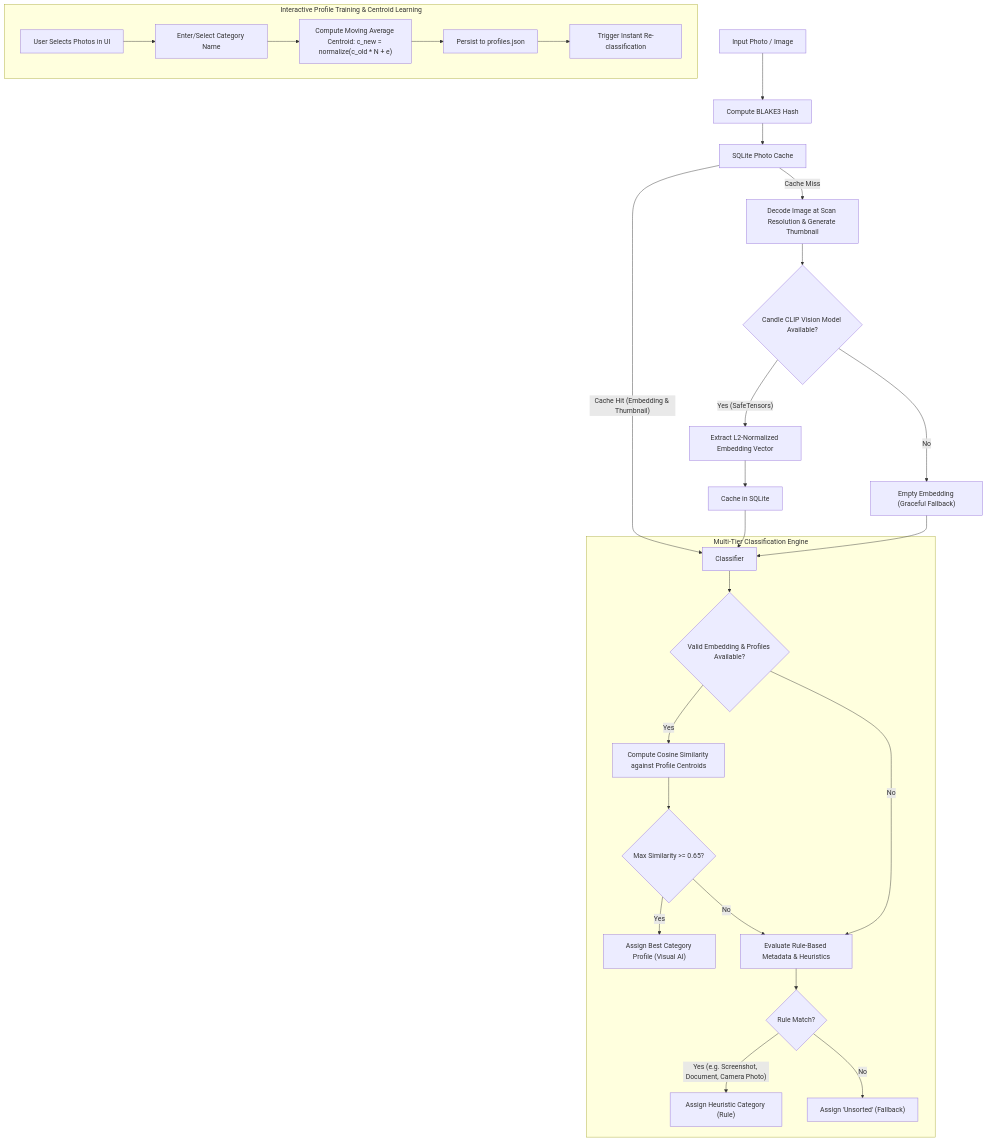
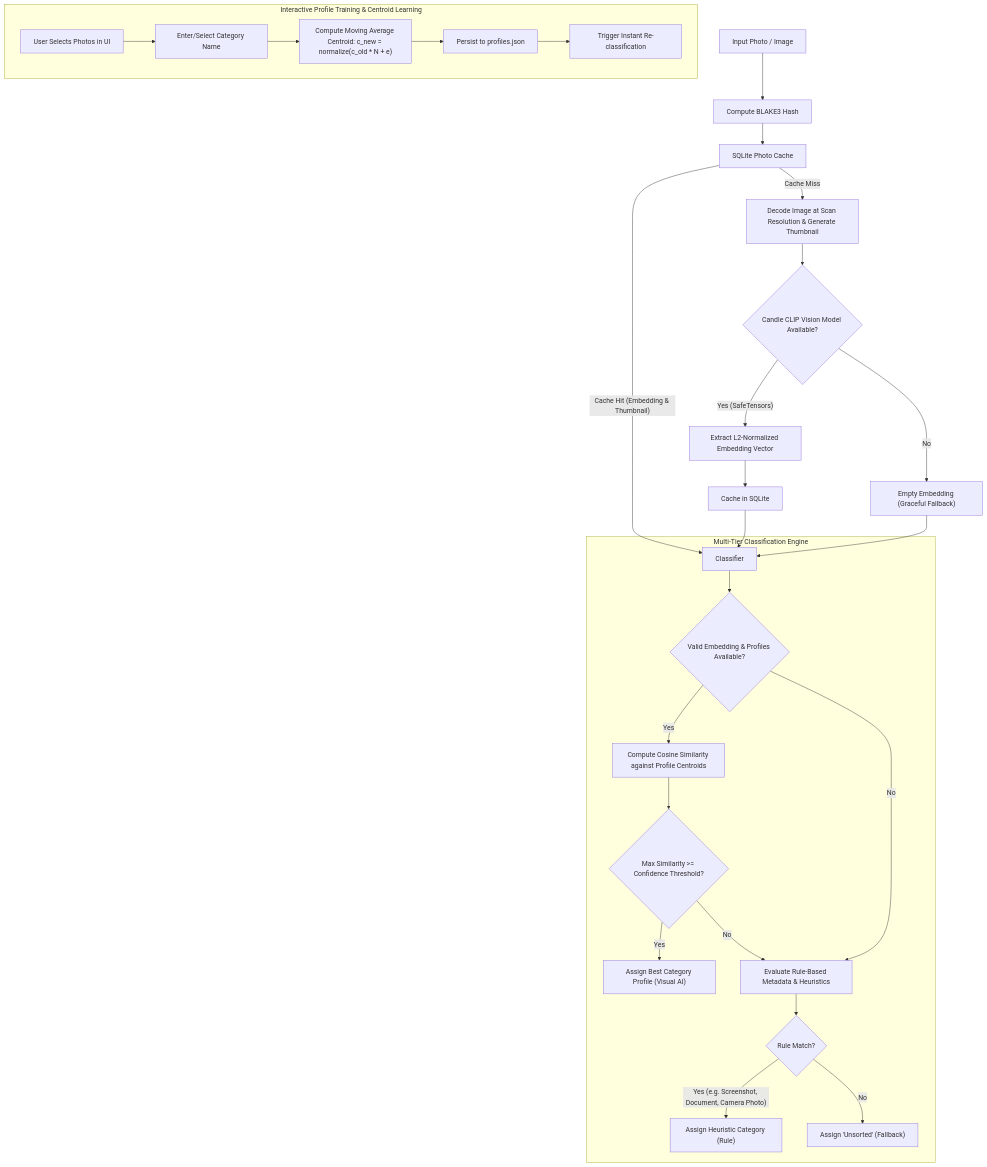
The diagram in docs/classification_pipeline.md (tsonnen/photo-organizer), drawn with Mermaid before and after one commit. The commit also changed other lines of this file and 20 other files, not shown here.

````diff
--- a/docs/classification_pipeline.md
+++ b/docs/classification_pipeline.md
@@ -5,32 +5,32 @@
 ```mermaid
 flowchart TD
     A["Input Photo / Image"] --> B["Compute BLAKE3 Hash"]
     B --> C["SQLite Photo Cache"]
     C -->|"Cache Hit (Embedding & Thumbnail)"| G["Classifier"]
     C -->|"Cache Miss"| D["Decode Image at Scan Resolution & Generate Thumbnail"]
     D --> E{"Candle CLIP Vision Model Available?"}
     E -->|"Yes (SafeTensors)"| F1["Extract L2-Normalized Embedding Vector"]
     E -->|"No"| F2["Empty Embedding (Graceful Fallback)"]
     F1 --> F3["Cache in SQLite"]
     F3 --> G
     F2 --> G
 
     subgraph Classifier ["Multi-Tier Classification Engine"]
         G --> H{"Valid Embedding & Profiles Available?"}
         H -->|"Yes"| I["Compute Cosine Similarity against Profile Centroids"]
-        I --> J{"Max Similarity >= 0.65?"}
+        I --> J{"Max Similarity >= Confidence Threshold?"}
         J -->|"Yes"| K["Assign Best Category Profile (Visual AI)"]
         J -->|"No"| L["Evaluate Rule-Based Metadata & Heuristics"]
         H -->|"No"| L
         L --> M{"Rule Match?"}
         M -->|"Yes (e.g. Screenshot, Document, Camera Photo)"| N["Assign Heuristic Category (Rule)"]
         M -->|"No"| O["Assign 'Unsorted' (Fallback)"]
     end
 
     subgraph Training ["Interactive Profile Training & Centroid Learning"]
         P["User Selects Photos in UI"] --> Q["Enter/Select Category Name"]
         Q --> R["Compute Moving Average Centroid: c_new = normalize(c_old * N + e)"]
         R --> S["Persist to profiles.json"]
         S --> T["Trigger Instant Re-classification"]
     end
 ```
````
